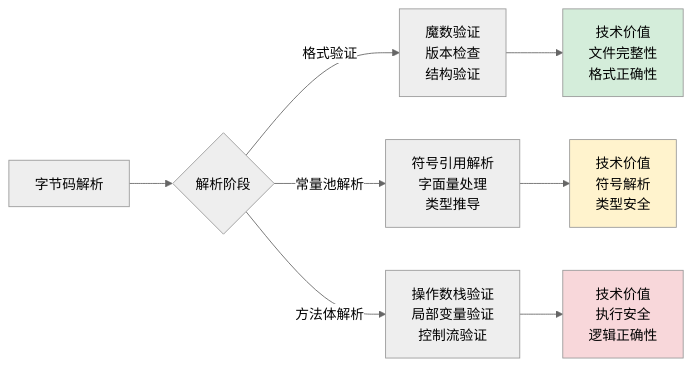
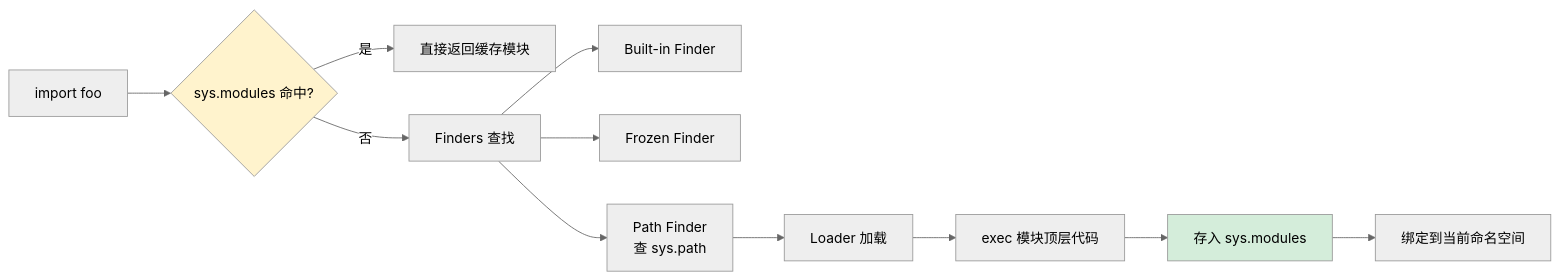
Before and after one commit to chongyang211/YCBookBlog: diagram 11 of 15 in docs/10.专栏/02.程序编程原理/03.运行时模型/01.类的加载核心原理.md, drawn with Mermaid (neutral theme). The commit also changed other lines of this file and 34 other files, not shown here.

````diff
--- a/docs/10.专栏/02.程序编程原理/03.运行时模型/01.类的加载核心原理.md
+++ b/docs/10.专栏/02.程序编程原理/03.运行时模型/01.类的加载核心原理.md
@@ -2123,15 +1105,15 @@
 ```mermaid
-graph LR
-    A[字节码解析] --> B{解析阶段}
-    B -->|格式验证| C[魔数验证<br/>版本检查<br/>结构验证]
-    B -->|常量池解析| D[符号引用解析<br/>字面量处理<br/>类型推导]
-    B -->|方法体解析| E[操作数栈验证<br/>局部变量验证<br/>控制流验证]
-    
-    C --> C1[技术价值<br/>文件完整性<br/>格式正确性]
-    D --> D1[技术价值<br/>符号解析<br/>类型安全]
-    E --> E1[技术价值<br/>执行安全<br/>逻辑正确性]
-    
-    style C1 fill:#d4edda
-    style D1 fill:#fff3cd
-    style E1 fill:#f8d7da
+flowchart LR
+    A[import foo] --> B{sys.modules 命中?}
+    B -->|是| C[直接返回缓存模块]
+    B -->|否| D[Finders 查找]
+    D --> D1[Built-in Finder]
+    D --> D2[Frozen Finder]
+    D --> D3[Path Finder<br/>查 sys.path]
+    D3 --> E[Loader 加载]
+    E --> F[exec 模块顶层代码]
+    F --> G[存入 sys.modules]
+    G --> H[绑定到当前命名空间]
+    style B fill:#fff3cd
+    style G fill:#d4edda
 ```
````
